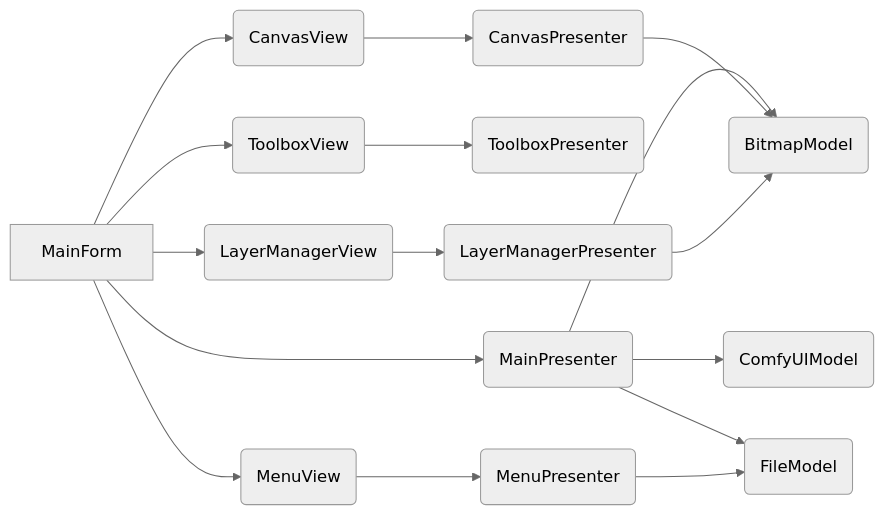
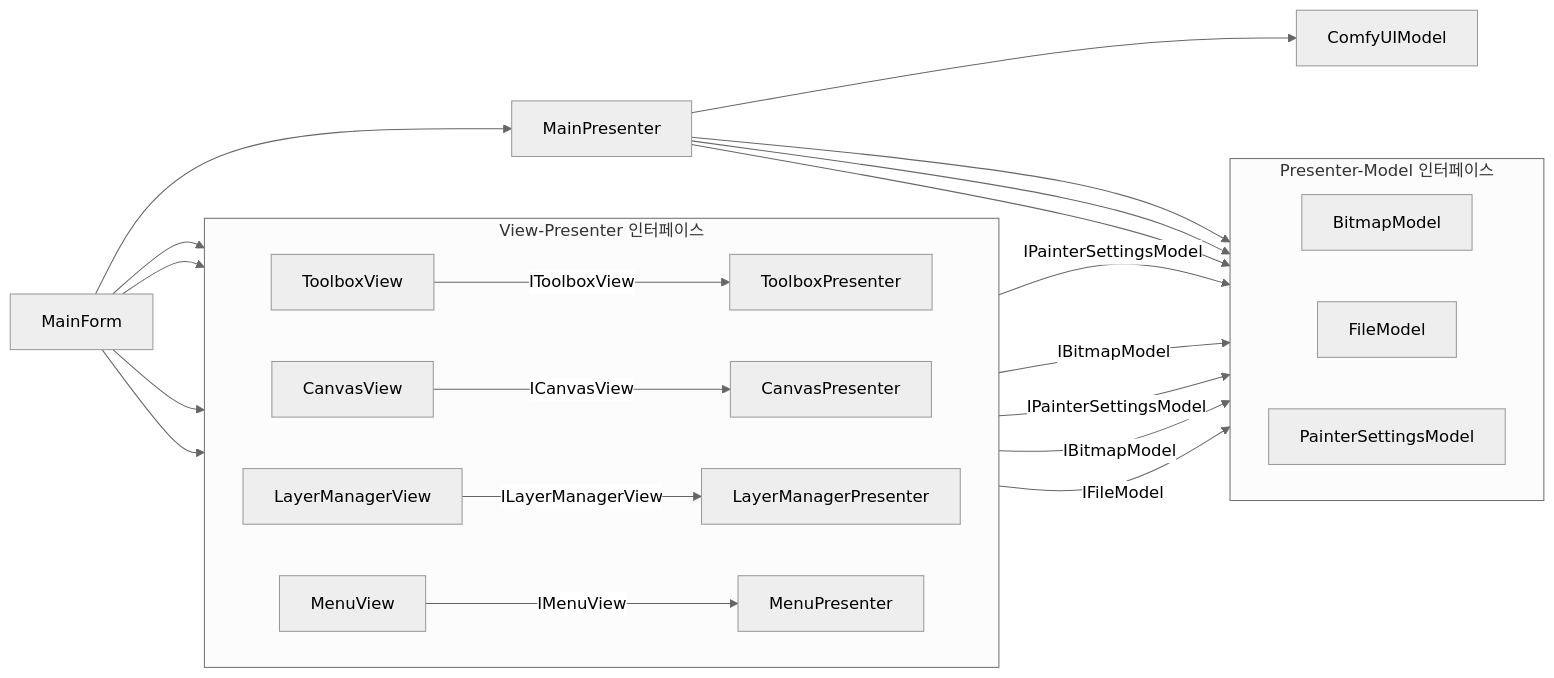
One commit to YunSeoJeong/APainter changed the diagram in docs/architecture.md. Above: the diagram before and after it, drawn with Mermaid (neutral theme). The commit also changed other lines of this file and 14 other files, not shown here.

Commit message:
feat: Implement interface-based architecture and settings management

````diff
--- a/docs/architecture.md
+++ b/docs/architecture.md
@@ -47,18 +4,51 @@
 ```mermaid
 graph LR
-    A[MainForm] --> B(MainPresenter)
-    B --> C(BitmapModel)
-    B --> D(ComfyUIModel)
-    B --> E(FileModel)
-    A --> F(ToolboxView)
-    F --> G(ToolboxPresenter)
-    A --> H(CanvasView)
-    H --> I(CanvasPresenter)
-    I --> C
-    A --> J(LayerManagerView)
-    J --> K(LayerManagerPresenter)
-    K --> C
-    A --> L(MenuView)
-    L --> M(MenuPresenter)
-    M --> E
+    %% View Layer
+    A[MainForm]:::view
+    F[ToolboxView]:::view
+    H[CanvasView]:::view
+    J[LayerManagerView]:::view
+    L[MenuView]:::view
+    
+    %% Presenter Layer
+    B[MainPresenter]:::presenter
+    G[ToolboxPresenter]:::presenter
+    I[CanvasPresenter]:::presenter
+    K[LayerManagerPresenter]:::presenter
+    M[MenuPresenter]:::presenter
+    
+    %% Model Layer
+    C[BitmapModel]:::model
+    D[ComfyUIModel]:::model
+    E[FileModel]:::model
+    S[PainterSettingsModel]:::model
+    
+    %% 인터페이스 계층
+    subgraph View-Presenter 인터페이스
+        direction LR
+        F -->|IToolboxView| G
+        H -->|ICanvasView| I
+        J -->|ILayerManagerView| K
+        L -->|IMenuView| M
+    end
+    
+    subgraph Presenter-Model 인터페이스
+        direction LR
+        G -->|IPainterSettingsModel| S
+        I -->|IBitmapModel| C
+        I -->|IPainterSettingsModel| S
+        K -->|IBitmapModel| C
+        M -->|IFileModel| E
+    end
+    
+    %% 메인 폼 연결
+    A --> B
+    B --> C
+    B --> D
+    B --> E
+    B --> S
+    A --> F
+    A --> H
+    A --> J
+    A --> L
 ```
````
